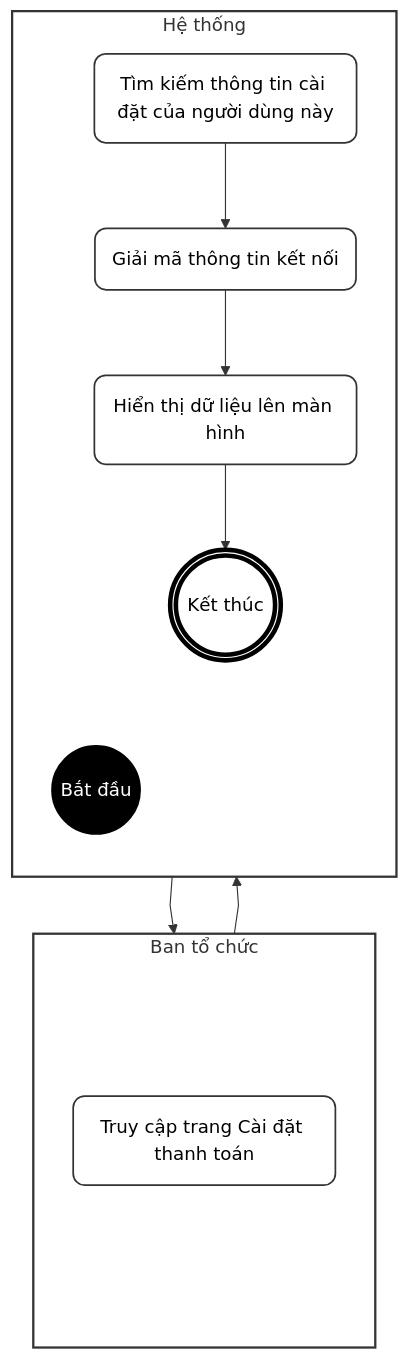
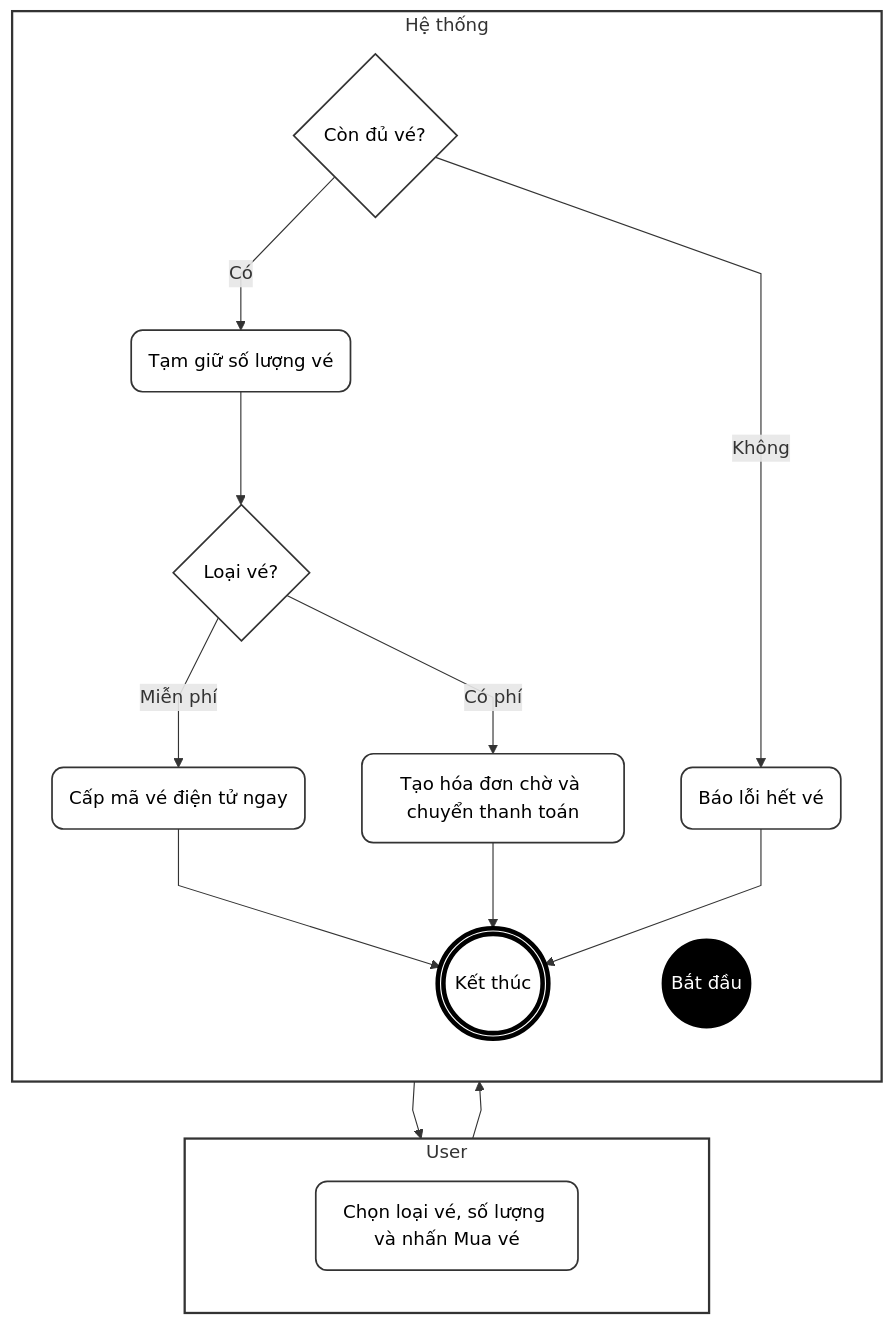
Before and after one commit to ChuDucAnh21/BE-quan-ly-su-kien: the second of 7 diagrams in doc/system_analysis/activity diagram/08d_activity_payment_ticket_checkin.md, drawn with Mermaid. The commit also changed other lines of this file and 14 other files, not shown here.

````diff
--- a/doc/system_analysis/activity diagram/08d_activity_payment_ticket_checkin.md
+++ b/doc/system_analysis/activity diagram/08d_activity_payment_ticket_checkin.md
@@ -71,44 +54,45 @@
 ```mermaid
 %%{init: {"flowchart": {"curve": "linear"}}}%%
 flowchart TD
     classDef default fill:#fff,stroke:#333,stroke-width:1.5px,color:#000,rx:10px,ry:10px;
     classDef startNode fill:#000,stroke:#000,color:#fff;
     classDef endNode fill:#fff,stroke:#000,stroke-width:4px,color:#000;
     classDef hidden fill:none,stroke:none,color:none;
 
-    subgraph TacNhan [Ban tổ chức]
+    subgraph User [User]
         direction TB
         T_start(" "):::hidden
-        A(Truy cập trang Cài đặt thanh toán)
+        A(Chọn loại vé, số lượng và nhấn Mua vé)
         T_end(" "):::hidden
     end
 
-    subgraph HeThong [Hệ thống]
+    subgraph System [Hệ thống]
         direction TB
         H_start(" "):::hidden
         Start((Bắt đầu)):::startNode
-        B(Tìm kiếm thông tin cài đặt của người dùng này)
-        C(Giải mã thông tin kết nối)
-        D(Hiển thị dữ liệu lên màn hình)
+        B{Còn đủ vé?}
+        C(Báo lỗi hết vé)
+        D(Tạm giữ số lượng vé)
+        E{Loại vé?}
+        F(Cấp mã vé điện tử ngay)
+        G(Tạo hóa đơn chờ và chuyển thanh toán)
         End(((Kết thúc))):::endNode
         H_end(" "):::hidden
     end
 
     T_start ~~~ H_start
     T_end ~~~ H_end
-
-    T_start ~~~ A
-    A ~~~ T_end
-
-    H_start ~~~ Start
-    End ~~~ H_end
-
     Start --> A
     A --> B
-    B --> C
-    C --> D
-    D --> End
+    B -- Không --> C
+    B -- Có --> D
+    D --> E
+    E -- Miễn phí --> F
+    E -- Có phí --> G
+    F --> End
+    G --> End
+    C --> End
 
-    style TacNhan fill:#fff,stroke:#333,stroke-width:2px
-    style HeThong fill:#fff,stroke:#333,stroke-width:2px
+    style User fill:#fff,stroke:#333,stroke-width:2px
+    style System fill:#fff,stroke:#333,stroke-width:2px
 ```
````
